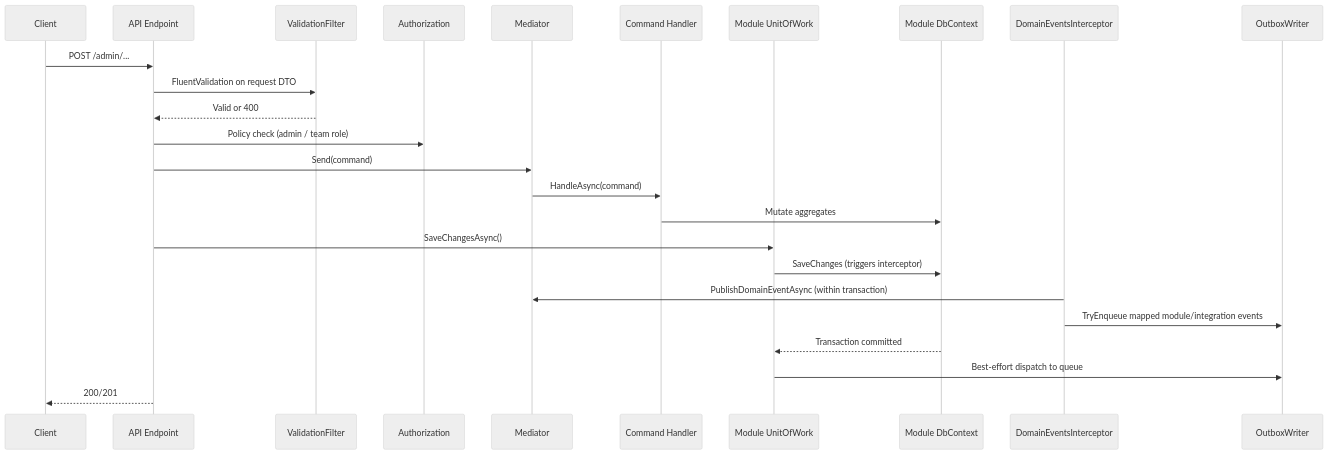
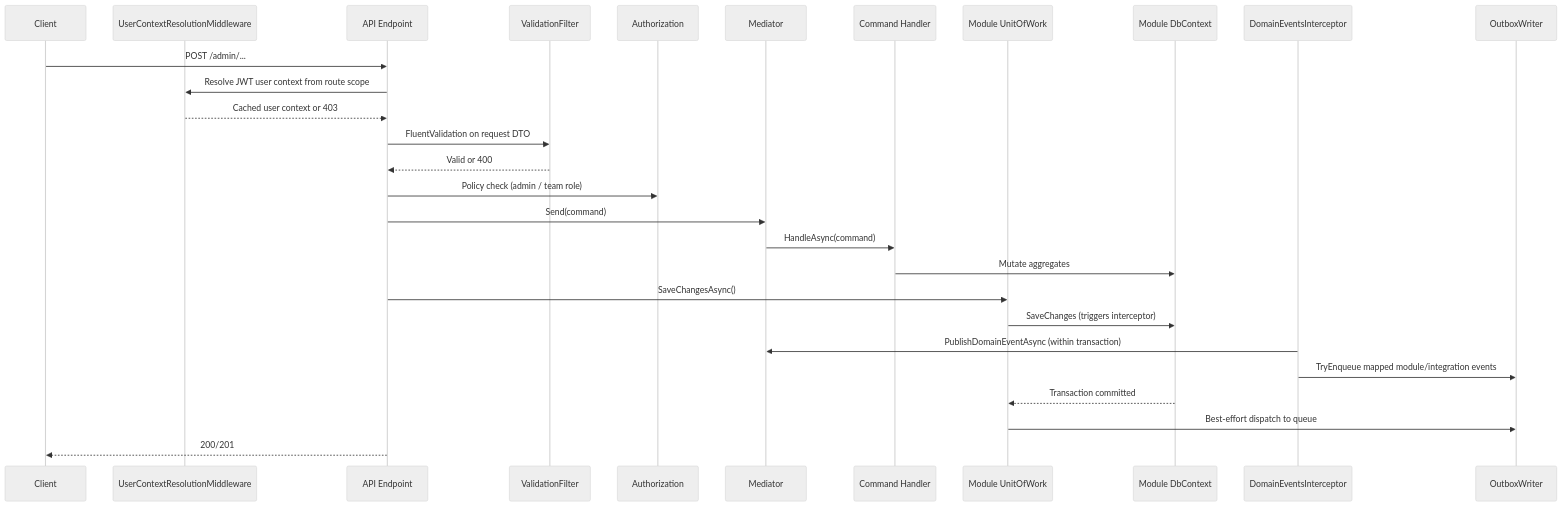
One commit to amolenk/Admitto changed the first of 11 diagrams in docs/arc42/06-runtime-view.md. Above: the diagram before and after it, drawn with Mermaid (neutral theme). The commit also changed 16 other files, not shown here.

Commit message:
Harden user resolution

````diff
--- a/docs/arc42/06-runtime-view.md
+++ b/docs/arc42/06-runtime-view.md
@@ -7,28 +7,31 @@
 ```mermaid
 sequenceDiagram
   participant Client
+  participant Context as UserContextResolutionMiddleware
   participant Endpoint as API Endpoint
   participant Filter as ValidationFilter
   participant Auth as Authorization
   participant Mediator
   participant Handler as Command Handler
   participant UoW as Module UnitOfWork
   participant DbCtx as Module DbContext
   participant Interceptor as DomainEventsInterceptor
   participant Outbox as OutboxWriter
 
   Client->>Endpoint: POST /admin/...
+  Endpoint->>Context: Resolve JWT user context from route scope
+  Context-->>Endpoint: Cached user context or 403
   Endpoint->>Filter: FluentValidation on request DTO
   Filter-->>Endpoint: Valid or 400
   Endpoint->>Auth: Policy check (admin / team role)
   Endpoint->>Mediator: Send(command)
   Mediator->>Handler: HandleAsync(command)
   Handler->>DbCtx: Mutate aggregates
   Endpoint->>UoW: SaveChangesAsync()
   UoW->>DbCtx: SaveChanges (triggers interceptor)
   Interceptor->>Mediator: PublishDomainEventAsync (within transaction)
   Interceptor->>Outbox: TryEnqueue mapped module/integration events
   DbCtx-->>UoW: Transaction committed
   UoW->>Outbox: Best-effort dispatch to queue
   Endpoint-->>Client: 200/201
 ```
````
